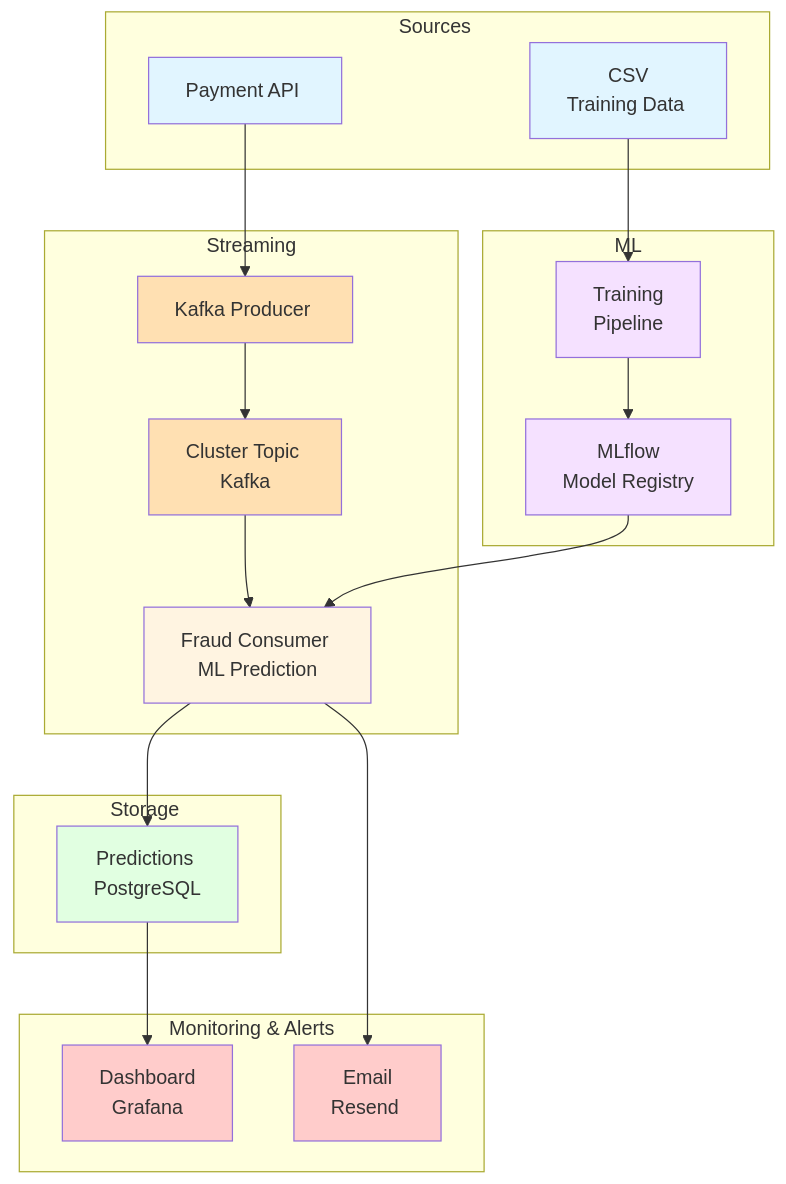
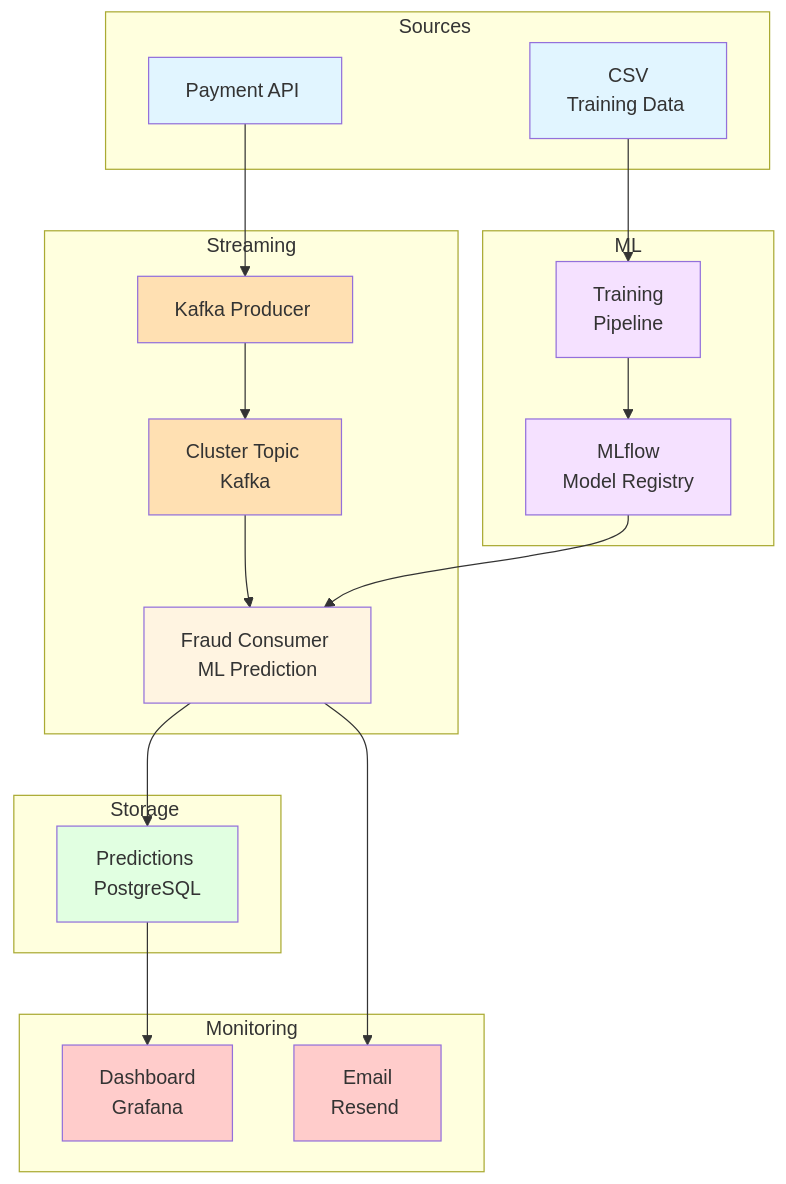
One commit to jefraudai/jefraudai changed the diagram in Services/docsify/docs/architecture.md. Above: the diagram before and after it, drawn with Mermaid. The commit also changed 2 other files, not shown here.

Commit message:
Docsify Mermaid Zoom

````diff
--- a/Services/docsify/docs/architecture.md
+++ b/Services/docsify/docs/architecture.md
@@ -11,48 +11,48 @@
 ```mermaid
 graph TD
     subgraph "Sources<span>&nbsp</span>"
         API[Payment API<span>&nbsp</span>]
         CSV[CSV<br/>Training Data<span>&nbsp</span>]
     end
 
     subgraph "Streaming"
         KP[Kafka Producer<span>&nbsp</span>]
         KT[Cluster Topic<span>&nbsp</span><br/>Kafka]
         KC[Fraud Consumer<span>&nbsp</span><br/>ML Prediction]
     end
 
     subgraph "ML "
         TR[Training<br/>Pipeline]
         ML[MLflow<br/>Model Registry]
     end
 
     subgraph "Storage<span>&nbsp</span>"
         PG[Predictions<span>&nbsp</span><br/>PostgreSQL]
     end
 
-    subgraph "Monitoring & Alerts"
+    subgraph "Monitoring"
         GF[Dashboard<br/>Grafana]
         EM[Email<br/>Resend<span>&nbsp</span>]
     end
 
     API --> KP
     CSV --> TR
     TR --> ML
     KP --> KT
     KT --> KC
     KC --> PG
     ML --> KC
     PG --> GF
     KC --> EM
 
     style API fill:#e1f5ff
     style CSV fill:#e1f5ff
     style KP fill:#ffe0b2
     style KT fill:#ffe0b2
     style KC fill:#fff4e1
     style TR fill:#f5e1ff
     style ML fill:#f5e1ff
     style PG fill:#e1ffe1
     style GF fill:#ffcccb
     style EM fill:#ffcccb
 ```
````
